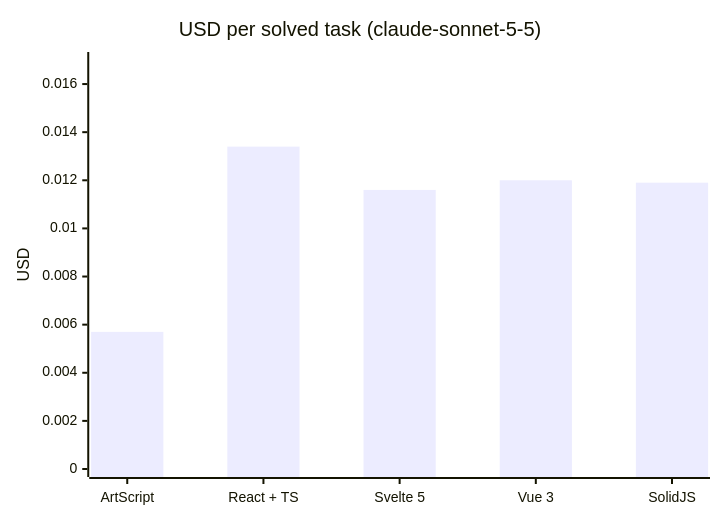
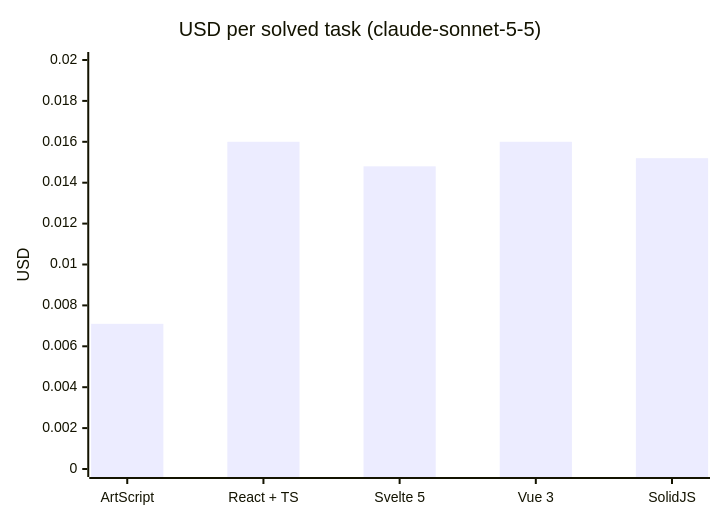
The second of 3 diagrams in README.md (leb90/ArtScript), drawn with Mermaid before and after one commit. The commit also changed other lines of this file and 6 other files, not shown here.

````diff
--- a/README.md
+++ b/README.md
@@ -276,7 +320,7 @@
 ```mermaid
 xychart-beta
     title "USD per solved task (claude-sonnet-5-5)"
     x-axis ["ArtScript", "React + TS", "Svelte 5", "Vue 3", "SolidJS"]
-    y-axis "USD" 0 --> 0.017
-    bar [0.0057, 0.0134, 0.0116, 0.0120, 0.0119]
+    y-axis "USD" 0 --> 0.020
+    bar [0.0071, 0.0160, 0.0148, 0.0160, 0.0152]
 ```
````
